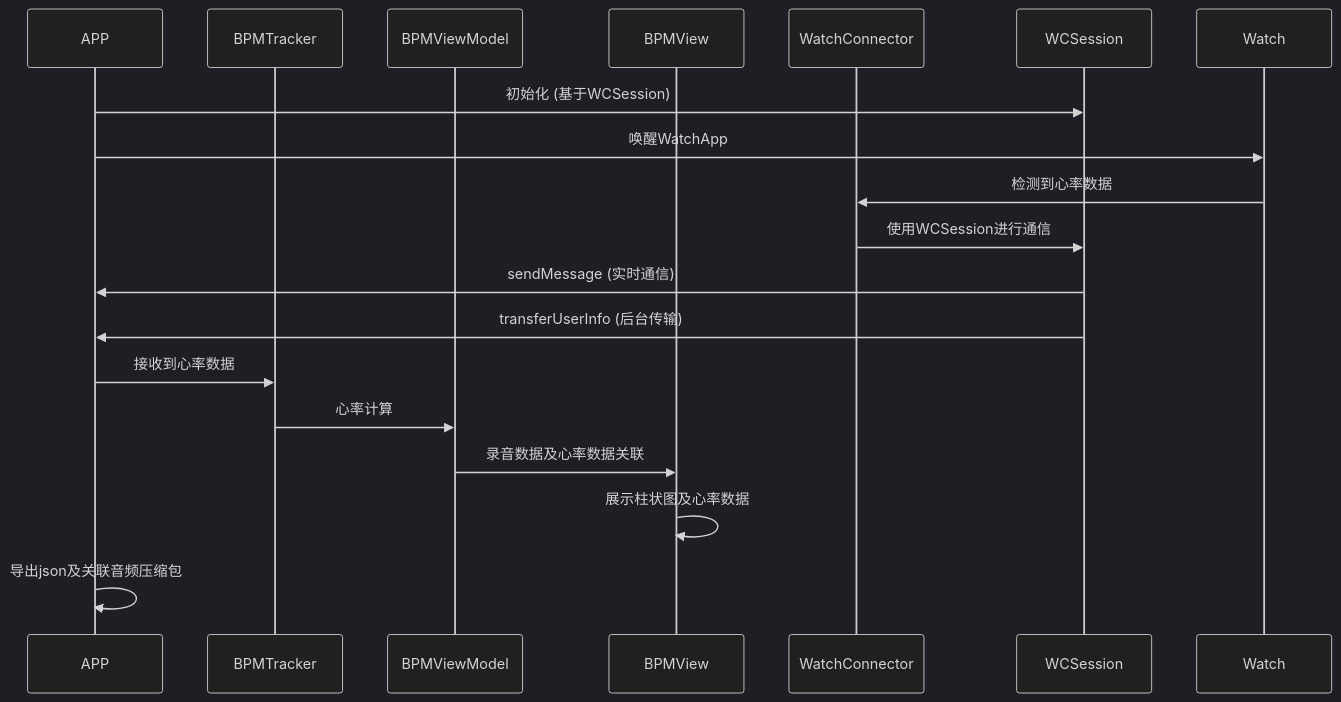
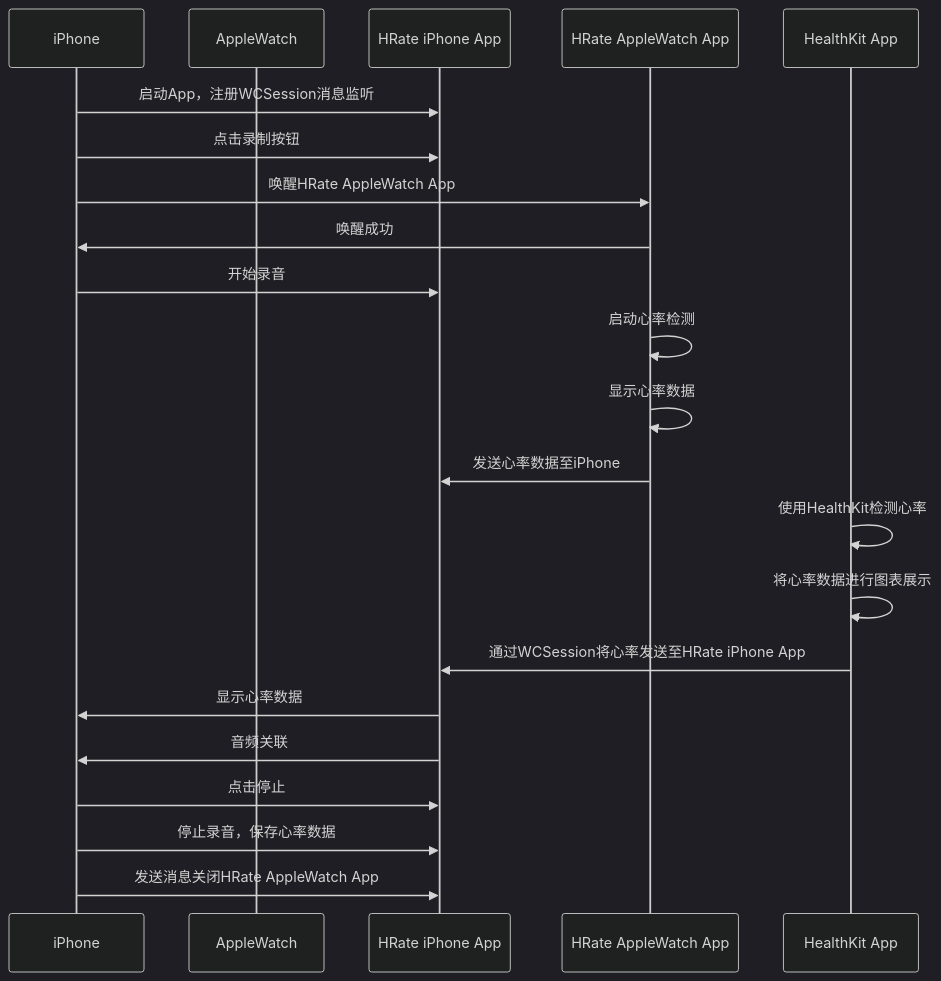
The diagram in README.md (LiuKaoji/HRate), drawn with Mermaid (dark theme) before and after one commit.

````diff
--- a/README.md
+++ b/README.md
@@ -29,22 +29,25 @@
 ```mermaid
 sequenceDiagram
-    participant A as APP
-    participant BPMTracker
-    participant BPMViewModel
-    participant BPMView
-    participant WC as WatchConnector
-    participant WCSession
-    participant W as Watch
-
-    A->>WCSession: 初始化 (基于WCSession)
-    A->>W: 唤醒WatchApp
-    W->>WC: 检测到心率数据
-    WC->>WCSession: 使用WCSession进行通信
-    WCSession->>A: sendMessage (实时通信)
-    WCSession->>A: transferUserInfo (后台传输)
-    A->>BPMTracker: 接收到心率数据
-    BPMTracker->>BPMViewModel: 心率计算
-    BPMViewModel->>BPMView: 录音数据及心率数据关联
-    BPMView->>BPMView: 展示柱状图及心率数据
-    A->>A: 导出json及关联音频压缩包
+    participant iPhone as iPhone
+    participant AppleWatch as AppleWatch
+    participant HRateiPhone as HRate iPhone App
+    participant HRateAppleWatch as HRate AppleWatch App
+    participant HealthKitApp as HealthKit App
+    
+    iPhone->>HRateiPhone: 启动App，注册WCSession消息监听
+    iPhone->>HRateiPhone: 点击录制按钮
+    iPhone->>HRateAppleWatch: 唤醒HRate AppleWatch App
+    HRateAppleWatch->>iPhone: 唤醒成功
+    iPhone->>HRateiPhone: 开始录音
+    HRateAppleWatch->>HRateAppleWatch: 启动心率检测
+    HRateAppleWatch->>HRateAppleWatch: 显示心率数据
+    HRateAppleWatch->>HRateiPhone: 发送心率数据至iPhone
+    HealthKitApp->>HealthKitApp: 使用HealthKit检测心率
+    HealthKitApp->>HealthKitApp: 将心率数据进行图表展示
+    HealthKitApp->>HRateiPhone: 通过WCSession将心率发送至HRate iPhone App
+    HRateiPhone->>iPhone: 显示心率数据
+    HRateiPhone->>iPhone: 音频关联
+    iPhone->>HRateiPhone: 点击停止
+    iPhone->>HRateiPhone: 停止录音，保存心率数据
+    iPhone->>HRateiPhone: 发送消息关闭HRate AppleWatch App
 ```
````
